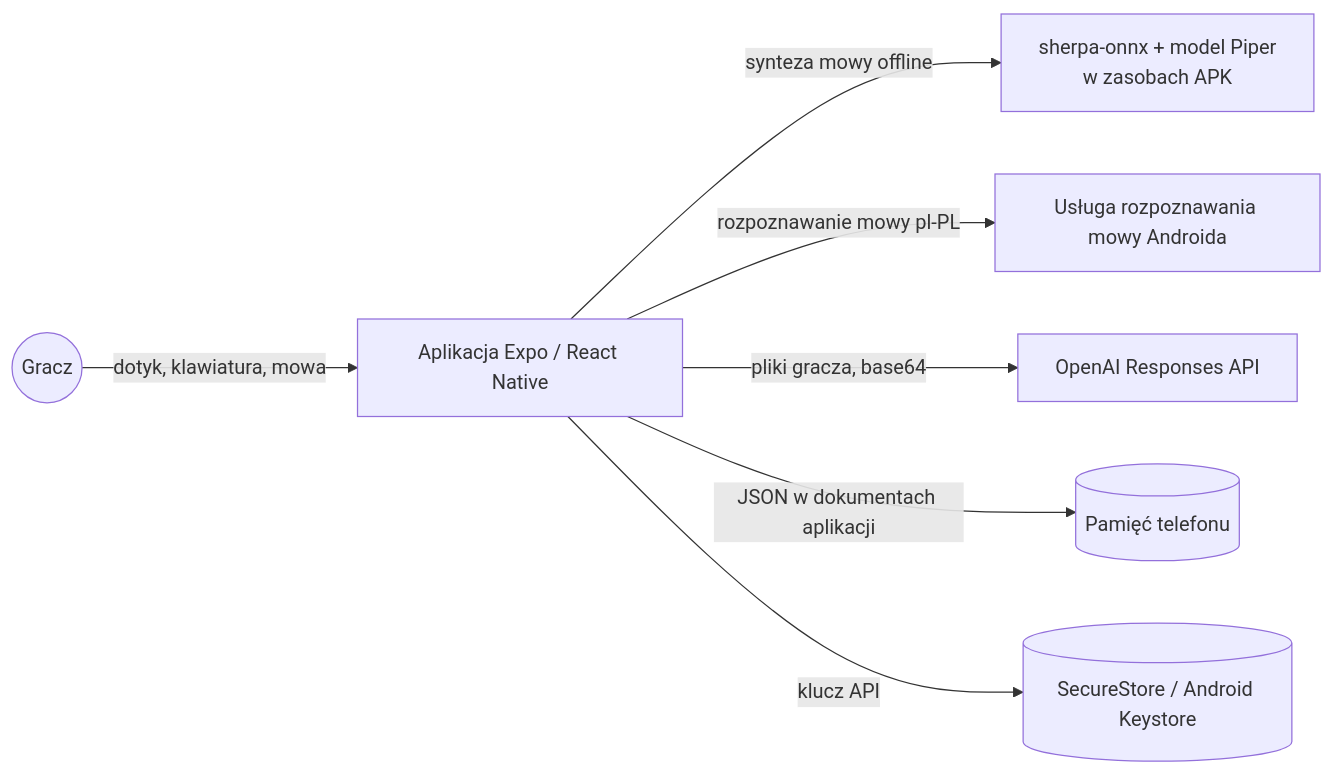
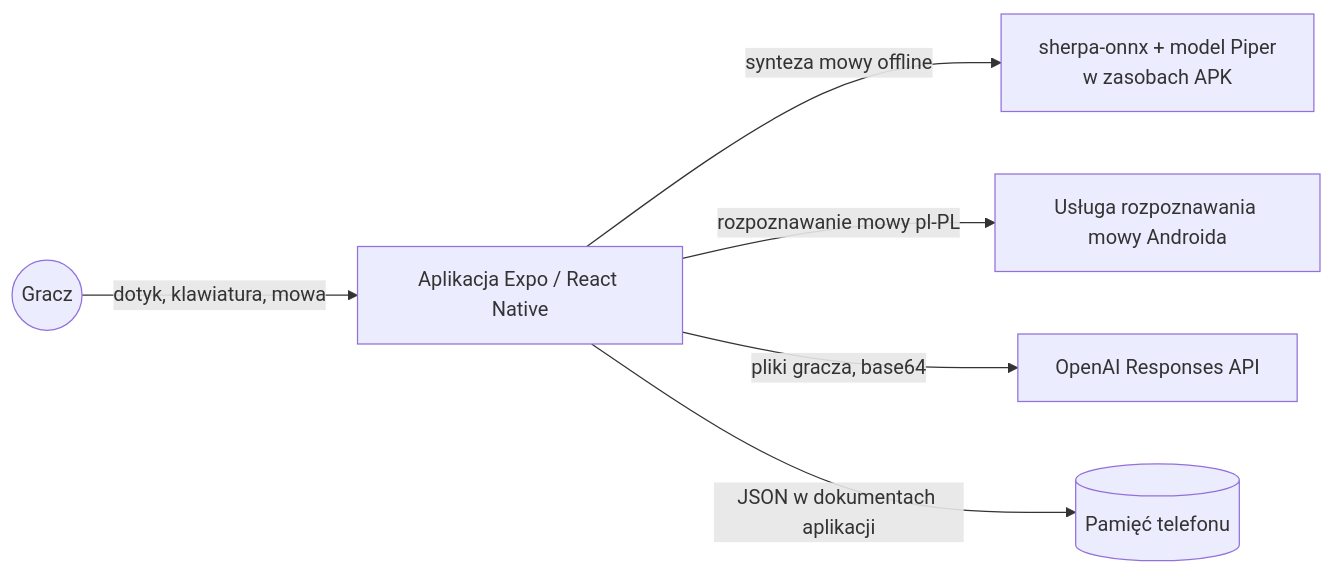
The first of 5 diagrams in docs/ARCHITEKTURA.md (pelkabart/JedenZWielu), drawn with Mermaid before and after one commit. The commit also changed other lines of this file and 38 other files, not shown here.

````diff
--- a/docs/ARCHITEKTURA.md
+++ b/docs/ARCHITEKTURA.md
@@ -16,9 +16,8 @@
 ```mermaid
 flowchart LR
     Gracz((Gracz)) -->|dotyk, klawiatura, mowa| App[Aplikacja Expo / React Native]
     App -->|synteza mowy offline| Sherpa[sherpa-onnx + model Piper<br/>w zasobach APK]
     App -->|rozpoznawanie mowy pl-PL| ASR[Usługa rozpoznawania mowy Androida]
     App -->|pliki gracza, base64| OpenAI[OpenAI Responses API]
     App -->|JSON w dokumentach aplikacji| FS[(Pamięć telefonu)]
-    App -->|klucz API| SS[(SecureStore / Android Keystore)]
 ```
````
